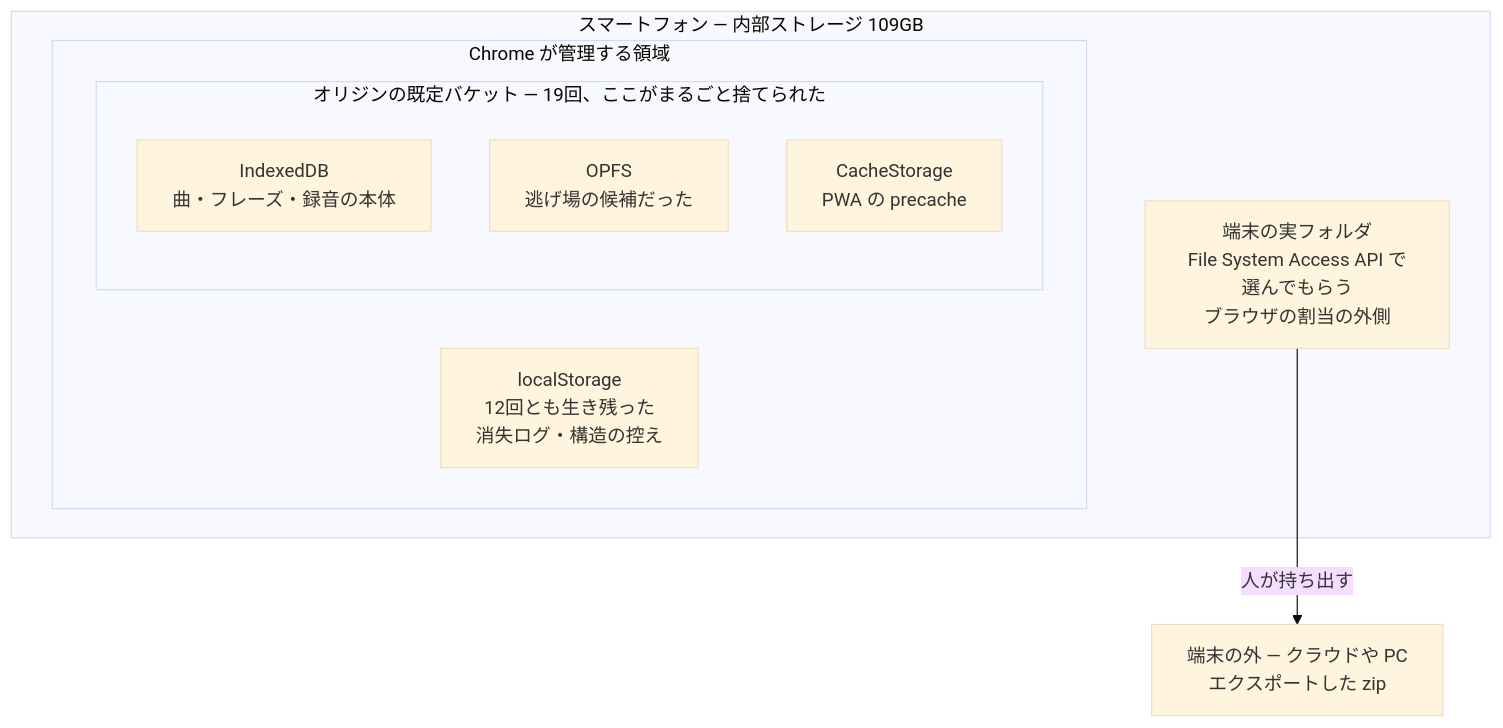
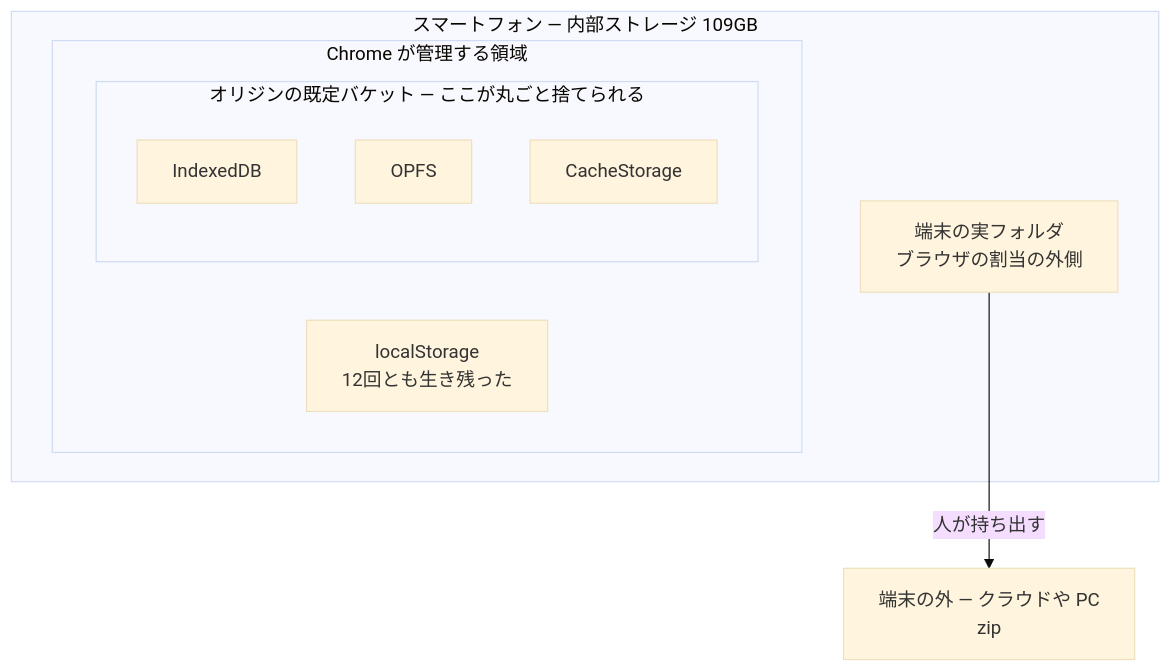
The second of 3 diagrams in articles/indexeddb-bucket-wiped-19-times.md (imudak/maruhuku-contents), drawn with Mermaid (base theme) before and after one commit. The commit also changed other lines of this file, not shown here.

First line of the commit message:
docs(記事): 図が横長すぎたので三枚とも縦に組み直す（卿FB 2026-09-18）

````diff
--- a/articles/indexeddb-bucket-wiped-19-times.md
+++ b/articles/indexeddb-bucket-wiped-19-times.md
@@ -47,16 +37,16 @@
 ```mermaid
 flowchart TB
   subgraph phone["スマートフォン ― 内部ストレージ 109GB"]
     subgraph chrome["Chrome が管理する領域"]
-      subgraph bucket["オリジンの既定バケット ― 19回、ここがまるごと捨てられた"]
-        idb["IndexedDB<br/>曲・フレーズ・録音の本体"]
-        opfs["OPFS<br/>逃げ場の候補だった"]
-        cache["CacheStorage<br/>PWA の precache"]
+      subgraph bucket["オリジンの既定バケット ― ここが丸ごと捨てられる"]
+        idb["IndexedDB"]
+        opfs["OPFS"]
+        cache["CacheStorage"]
       end
-      ls["localStorage<br/>12回とも生き残った<br/>消失ログ・構造の控え"]
+      ls["localStorage<br/>12回とも生き残った"]
     end
-    folder["端末の実フォルダ<br/>File System Access API で選んでもらう<br/>ブラウザの割当の外側"]
+    folder["端末の実フォルダ<br/>ブラウザの割当の外側"]
   end
-  cloud["端末の外 ― クラウドや PC<br/>エクスポートした zip"]
+  cloud["端末の外 ― クラウドや PC<br/>zip"]
   folder -->|"人が持ち出す"| cloud
 ```
````
